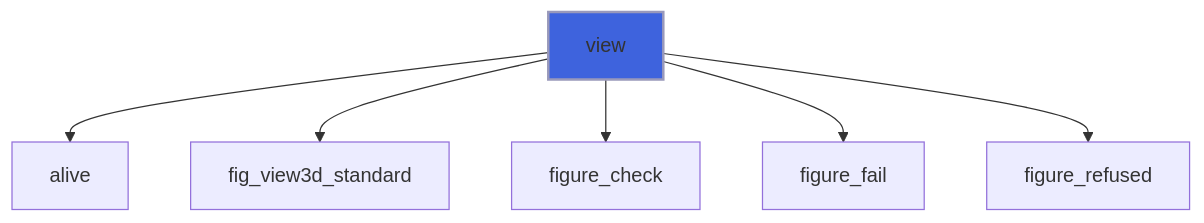
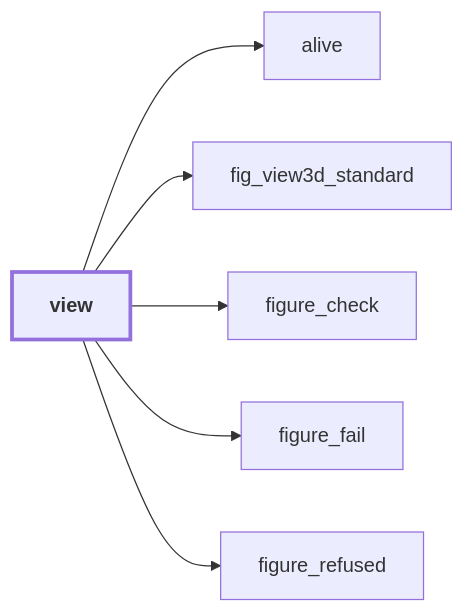
One commit to szaghi/figure changed diagram 11 of 39 in docs/api/src/lib/figure_view3d.md. Above: the diagram before and after it, drawn with Mermaid. The commit also changed other lines of this file and 54 other files, not shown here.

````diff
--- a/docs/api/src/lib/figure_view3d.md
+++ b/docs/api/src/lib/figure_view3d.md
@@ -502,9 +581,15 @@
 ```mermaid
-flowchart TD
+flowchart LR
   view["view"] --> alive["alive"]
   view["view"] --> fig_view3d_standard["fig_view3d_standard"]
   view["view"] --> figure_check["figure_check"]
   view["view"] --> figure_fail["figure_fail"]
   view["view"] --> figure_refused["figure_refused"]
-  style view fill:#3e63dd,stroke:#99b,stroke-width:2px
+  classDef focus stroke-width:3px,font-weight:bold
+  class view focus
+  click figure_refused href "figure_base.html#figure-refused" "figure_refused"
+  click alive href "#alive" "alive"
+  click figure_fail href "figure_base.html#figure-fail" "figure_fail"
+  click figure_check href "figure_base.html#figure-check" "figure_check"
+  click fig_view3d_standard href "#fig-view3d-standard" "fig_view3d_standard"
 ```
````
